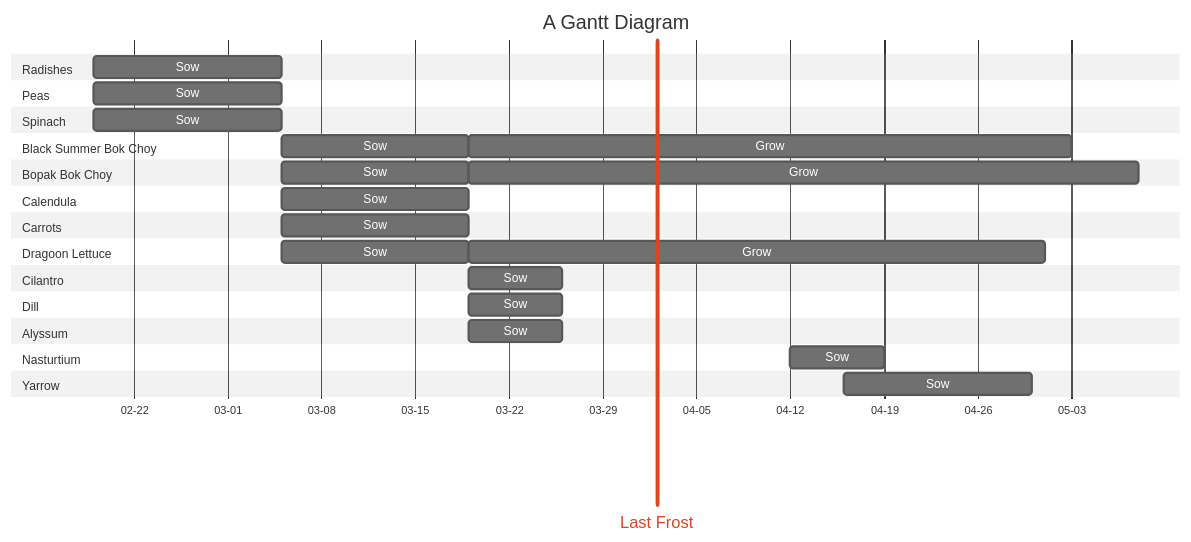
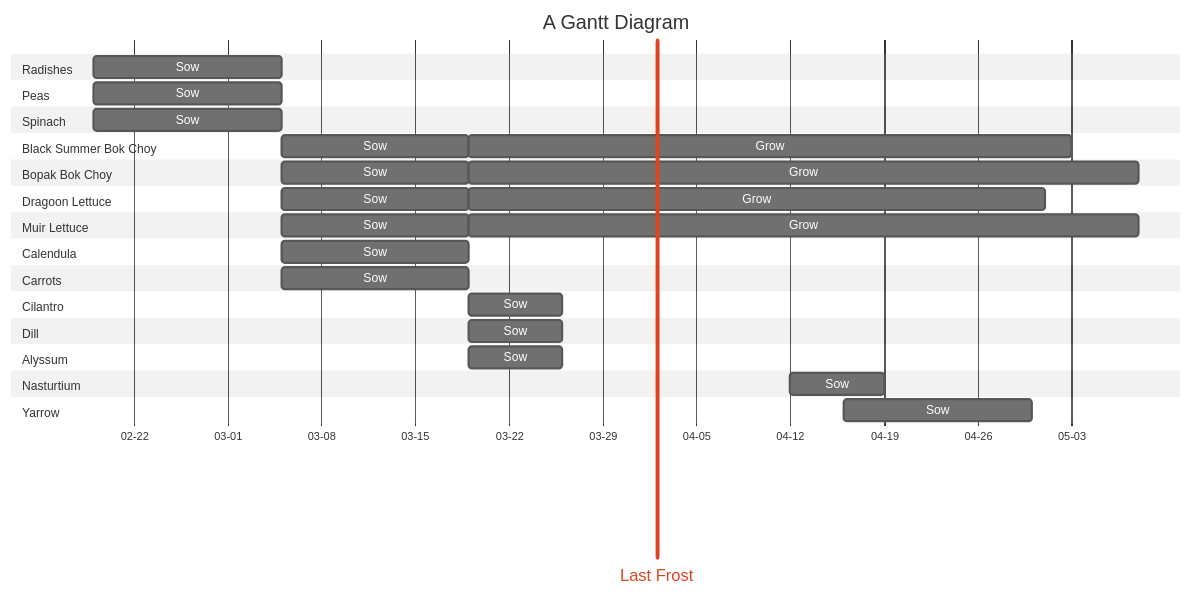
One commit to bjenning04/foam changed the diagram in 2026-planting-schedule.md. Above: the diagram before and after it, drawn with Mermaid (neutral theme).

Commit message:
Feb 21, 2026, 9:00 PM

````diff
--- a/2026-planting-schedule.md
+++ b/2026-planting-schedule.md
@@ -3,39 +3,42 @@
 ```mermaid
 ---
 displayMode: compact
 ---
 gantt
     title A Gantt Diagram
     dateFormat YYYY-MM-DD
     axisFormat %m-%d
     Last Frost: vert, v1, 2026-04-02,
     Section Radishes
         Sow: 2026-02-19, 14d
     Section Peas
         Sow: 2026-02-19, 14d
     Section Spinach
         Sow: 2026-02-19, 14d
     Section Black Summer Bok Choy
         Sow: 2026-03-05, 14d
         Grow: 2026-03-19, 45d
     Section Bopak Bok Choy
         Sow: 2026-03-05, 14d
         Grow: 2026-03-19, 50d
+    Section Dragoon Lettuce
+        Sow: 2026-03-05, 14d
+        Grow: 2026-03-19, 43d
+    Section Muir Lettuce
+        Sow: 2026-03-05, 14d
+        Grow: 2026-03-19, 50d
     Section Calendula
         Sow: 2026-03-05, 14d
     Section Carrots
         Sow: 2026-03-05, 14d
-    Section Dragoon Lettuce
-        Sow: 2026-03-05, 14d
-        Grow: 2026-03-19, 43d
     Section Cilantro
         Sow: 2026-03-19, 7d
     Section Dill
         Sow: 2026-03-19, 7d
     Section Alyssum
         Sow: 2026-03-19, 7d
     Section Nasturtium
         Sow: 2026-04-12, 7d
     Section Yarrow
         Sow: 2026-04-16, 14d
 ```
````
